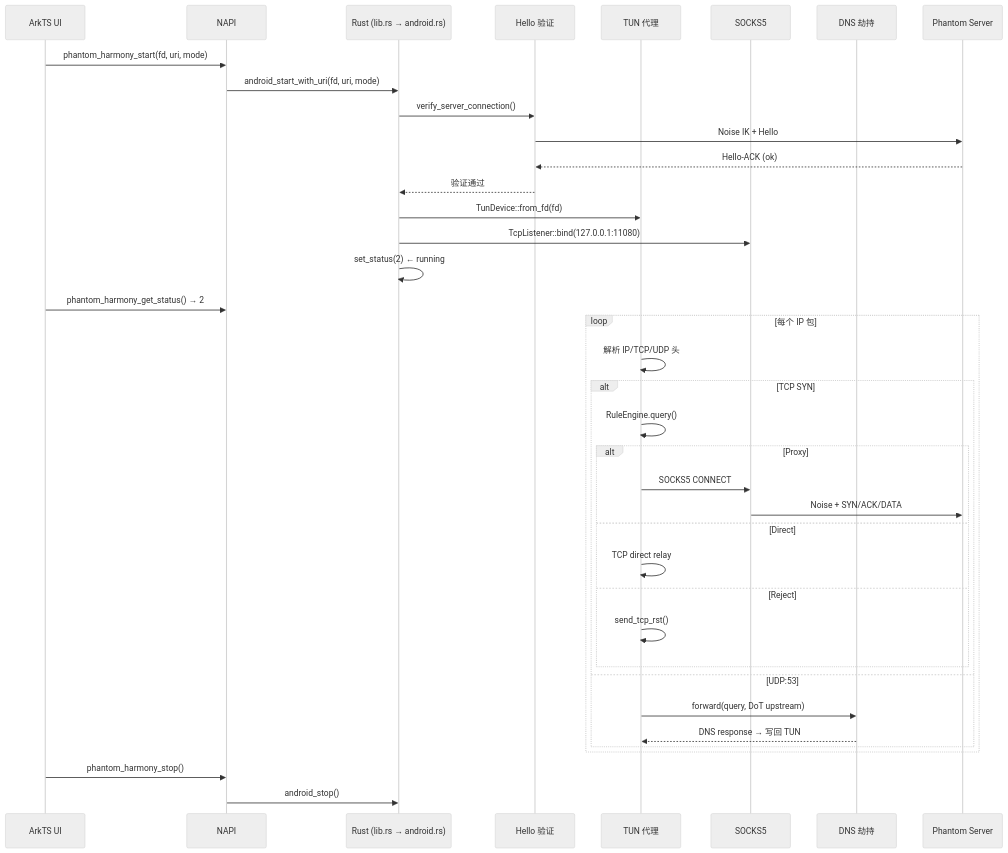
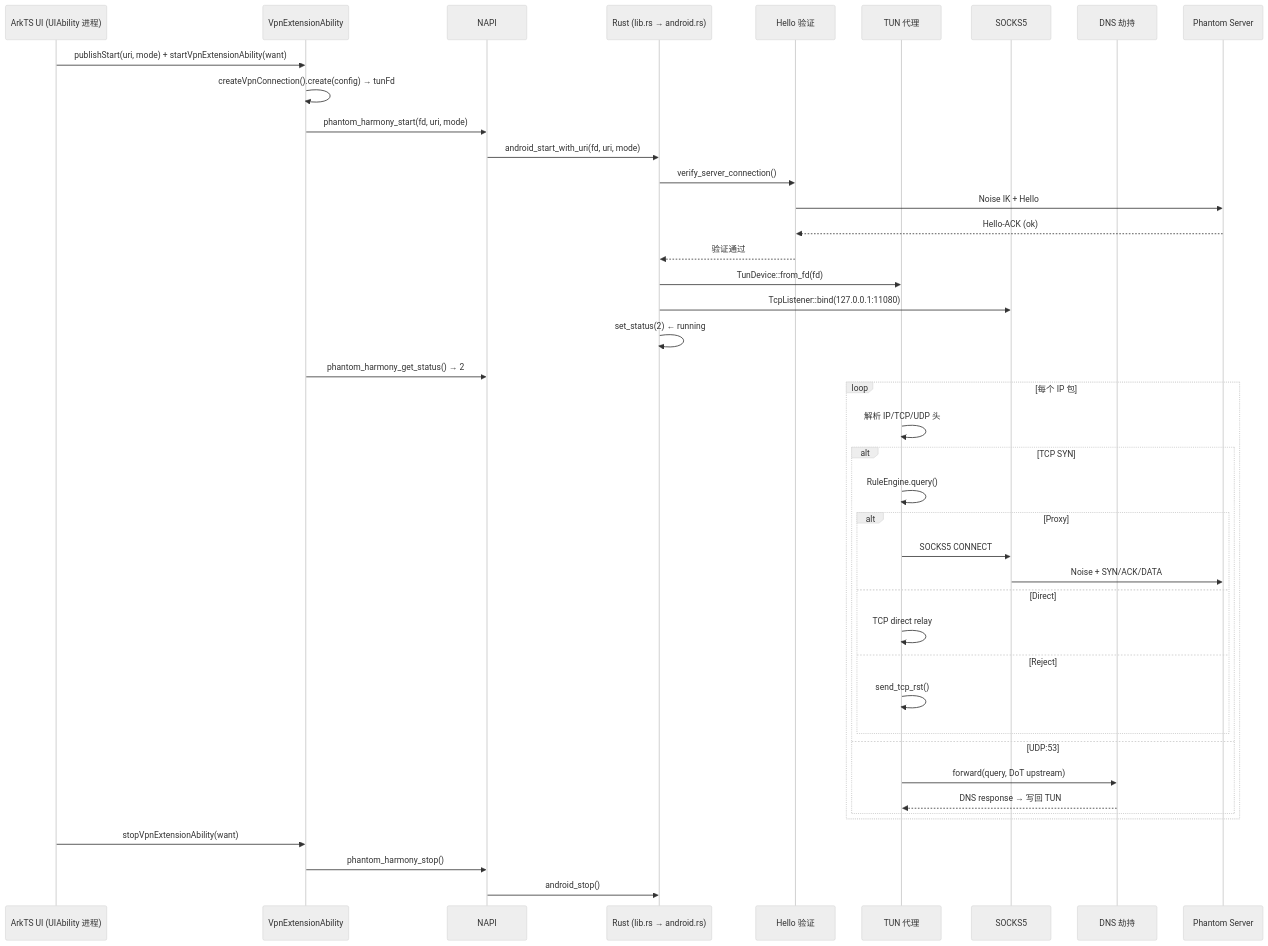
The second of 3 diagrams in client/harmony/README.md (lfvepclr/Phantom), drawn with Mermaid (neutral theme) before and after one commit. The commit also changed other lines of this file and 38 other files, not shown here.

First line of the commit message:
feat(harmony,mac): 鸿蒙首页重构与扫码 + mac 免 sudo 系统代理 + 图标更新

````diff
--- a/client/harmony/README.md
+++ b/client/harmony/README.md
@@ -71,45 +239,49 @@
 ```mermaid
 sequenceDiagram
-    participant A as ArkTS UI
+    participant UI as ArkTS UI (UIAbility 进程)
+    participant A as VpnExtensionAbility
     participant N as NAPI
     participant R as Rust (lib.rs → android.rs)
     participant H as Hello 验证
     participant T as TUN 代理
     participant S as SOCKS5
     participant D as DNS 劫持
     participant Srv as Phantom Server
 
+    UI->>A: publishStart(uri, mode) + startVpnExtensionAbility(want)
+    A->>A: createVpnConnection().create(config) → tunFd
     A->>N: phantom_harmony_start(fd, uri, mode)
     N->>R: android_start_with_uri(fd, uri, mode)
     R->>H: verify_server_connection()
     H->>Srv: Noise IK + Hello
     Srv-->>H: Hello-ACK (ok)
     H-->>R: 验证通过
 
     R->>T: TunDevice::from_fd(fd)
     R->>S: TcpListener::bind(127.0.0.1:11080)
     R->>R: set_status(2) ← running
 
     A->>N: phantom_harmony_get_status() → 2
 
     loop 每个 IP 包
         T->>T: 解析 IP/TCP/UDP 头
         alt TCP SYN
             T->>T: RuleEngine.query()
             alt Proxy
                 T->>S: SOCKS5 CONNECT
                 S->>Srv: Noise + SYN/ACK/DATA
             else Direct
                 T->>T: TCP direct relay
             else Reject
                 T->>T: send_tcp_rst()
             end
         else UDP:53
             T->>D: forward(query, DoT upstream)
             D-->>T: DNS response → 写回 TUN
         end
     end
 
+    UI->>A: stopVpnExtensionAbility(want)
     A->>N: phantom_harmony_stop()
     N->>R: android_stop()
 ```
````
